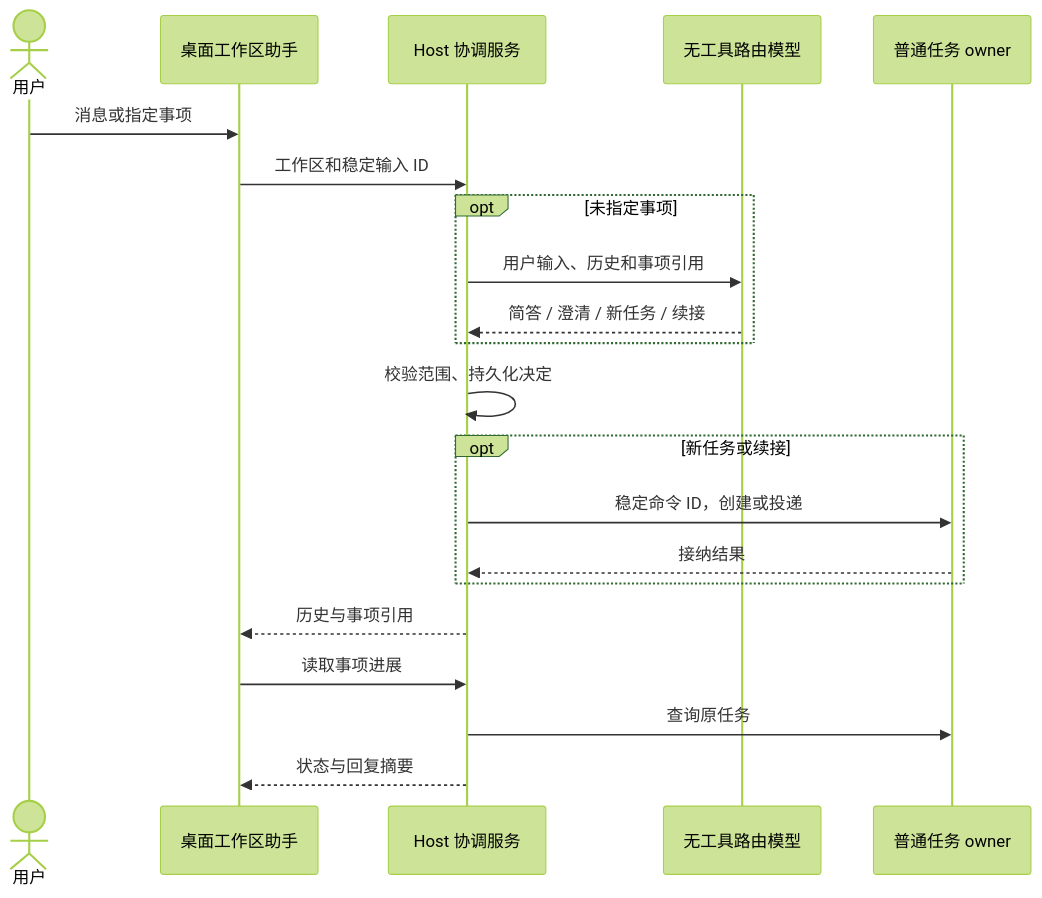
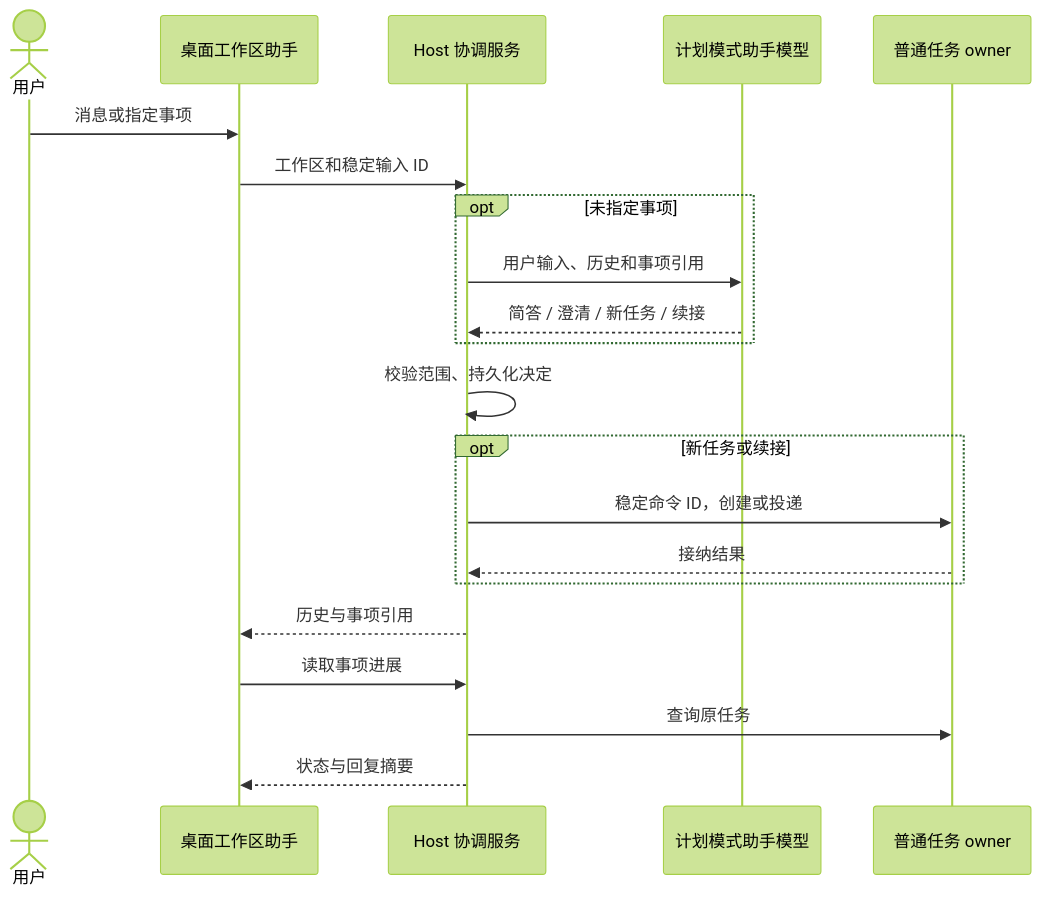
The first of 3 diagrams in docs/workspace-assistant.md (xiaobaoaaaaaa/ZCode), drawn with Mermaid (forest theme) before and after one commit. The commit also changed other lines of this file and 91 other files, not shown here.

````diff
--- a/docs/workspace-assistant.md
+++ b/docs/workspace-assistant.md
@@ -24,23 +24,23 @@
 ```mermaid
 sequenceDiagram
     actor U as 用户
     participant UI as 桌面工作区助手
     participant H as Host 协调服务
-    participant R as 无工具路由模型
+    participant R as 计划模式助手模型
     participant W as 普通任务 owner
     U->>UI: 消息或指定事项
     UI->>H: 工作区和稳定输入 ID
     opt 未指定事项
         H->>R: 用户输入、历史和事项引用
         R-->>H: 简答 / 澄清 / 新任务 / 续接
     end
     H->>H: 校验范围、持久化决定
     opt 新任务或续接
         H->>W: 稳定命令 ID，创建或投递
         W-->>H: 接纳结果
     end
     H-->>UI: 历史与事项引用
     UI->>H: 读取事项进展
     H->>W: 查询原任务
     H-->>UI: 状态与回复摘要
 ```
````
